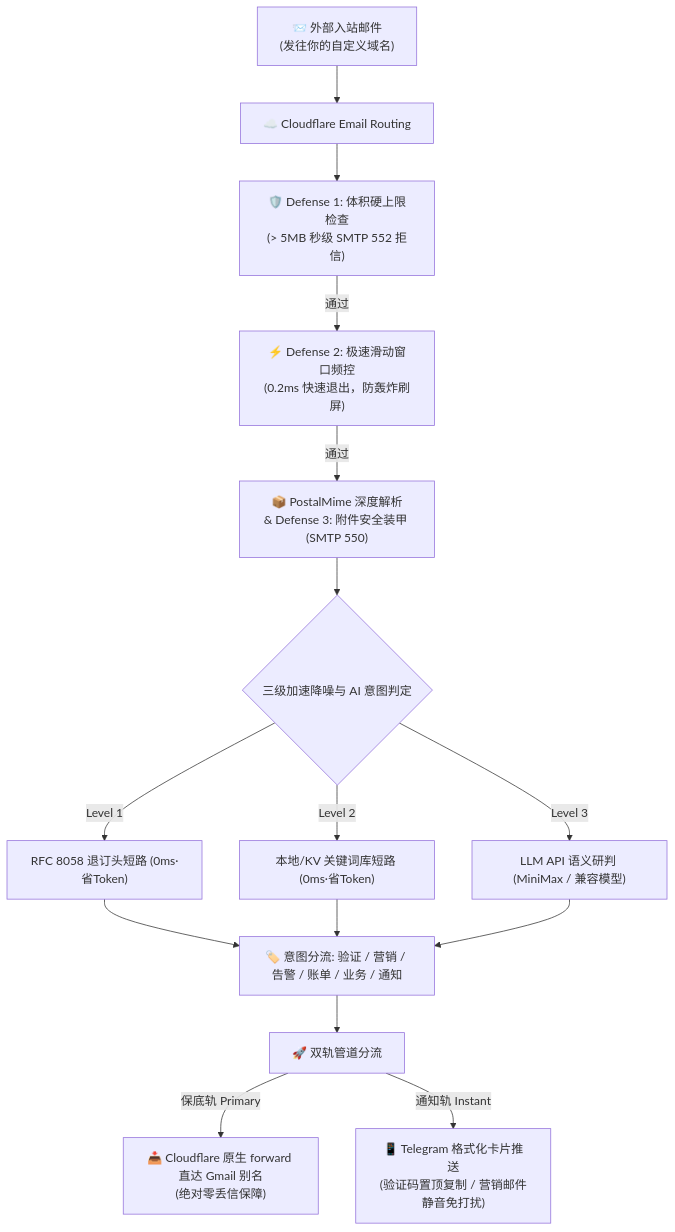
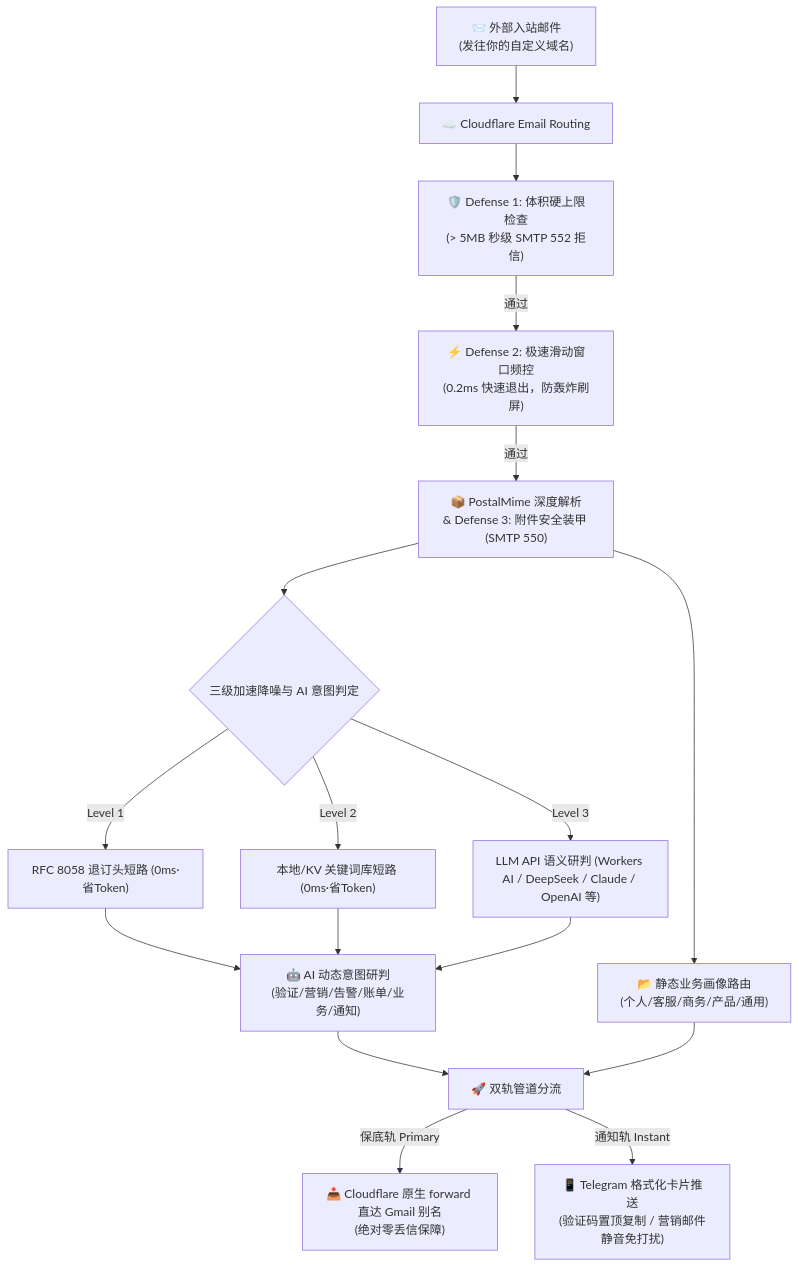
The diagram in README.zh-CN.md (Sacilave/cf-mail2tg-aibot), drawn with Mermaid before and after one commit. The commit also changed other lines of this file and 38 other files, not shown here.

````diff
--- a/README.zh-CN.md
+++ b/README.zh-CN.md
@@ -104,22 +104,25 @@
 ```mermaid
 flowchart TD
     A["📨 外部入站邮件\n(发往你的自定义域名)"] --> B["☁️ Cloudflare Email Routing"]
     B --> C["🛡️ Defense 1: 体积硬上限检查\n(> 5MB 秒级 SMTP 552 拒信)"]
     
     C -->|通过| D["⚡ Defense 2: 极速滑动窗口频控\n(0.2ms 快速退出，防轰炸刷屏)"]
     
     D -->|通过| E["📦 PostalMime 深度解析\n& Defense 3: 附件安全装甲 (SMTP 550)"]
     
     E --> F{"三级加速降噪与 AI 意图判定"}
     F -->|Level 1| G["RFC 8058 退订头短路 (0ms·省Token)"]
     F -->|Level 2| H["本地/KV 关键词库短路 (0ms·省Token)"]
-    F -->|Level 3| I["LLM API 语义研判 (MiniMax / 兼容模型)"]
+    F -->|Level 3| I["LLM API 语义研判 (Workers AI / DeepSeek / Claude / OpenAI 等)"]
     
-    G --> J["🏷️ 意图分流: 验证 / 营销 / 告警 / 账单 / 业务 / 通知"]
-    H --> J
-    I --> J
+    G --> J1["🤖 AI 动态意图研判\n(验证/营销/告警/账单/业务/通知)"]
+    H --> J1
+    I --> J1
 
-    J --> K["🚀 双轨管道分流"]
+    E --> J2["📂 静态业务画像路由\n(个人/客服/商务/产品/通用)"]
+
+    J1 --> K["🚀 双轨管道分流"]
+    J2 --> K
     K -->|保底轨 Primary| L["📥 Cloudflare 原生 forward 直达 Gmail 别名\n(绝对零丢信保障)"]
     K -->|通知轨 Instant| M["📱 Telegram 格式化卡片推送\n(验证码置顶复制 / 营销邮件静音免打扰)"]
 ```
````
